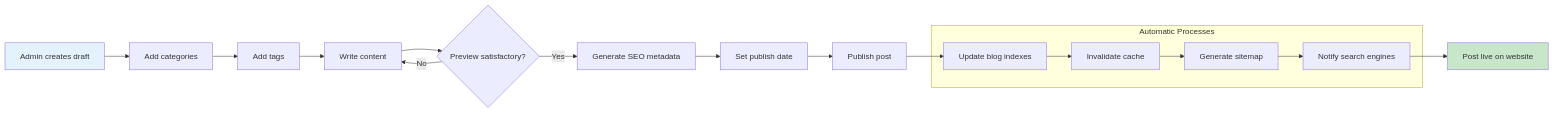
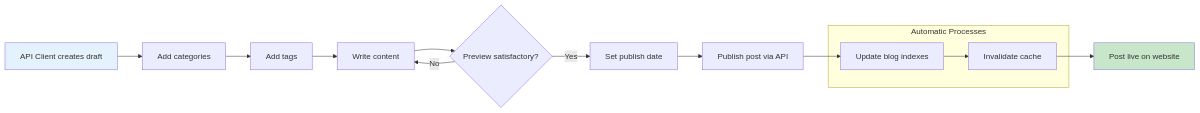
The fifth of 10 diagrams in docs/architecture/DIAGRAMS.md (caseythecoder90/personal-website-backend), drawn with Mermaid before and after one commit. The commit also changed other lines of this file and 22 other files, not shown here.

````diff
--- a/docs/architecture/DIAGRAMS.md
+++ b/docs/architecture/DIAGRAMS.md
@@ -219,30 +199,25 @@
 ```mermaid
 flowchart LR
-    A[Admin creates draft] --> B[Add categories]
-    B --> C[Add tags] 
+    A[API Client creates draft] --> B[Add categories]
+    B --> C[Add tags]
     C --> D[Write content]
     D --> E{Preview satisfactory?}
-    
+
     E -->|No| D
-    E -->|Yes| F[Generate SEO metadata]
-    
-    F --> G[Set publish date]
-    G --> H[Publish post]
-    
-    H --> I[Update blog indexes]
-    I --> J[Invalidate cache]
-    J --> K[Generate sitemap]
-    K --> L[Notify search engines]
-    
-    L --> M[Post live on website]
-    
+    E -->|Yes| F[Set publish date]
+
+    F --> G[Publish post via API]
+
+    G --> H[Update blog indexes]
+    H --> I[Invalidate cache]
+
+    I --> J[Post live on website]
+
     subgraph "Automatic Processes"
+        H
         I
-        J 
-        K
-        L
     end
-    
+
     style A fill:#e3f2fd
-    style M fill:#c8e6c9
+    style J fill:#c8e6c9
 ```
````
